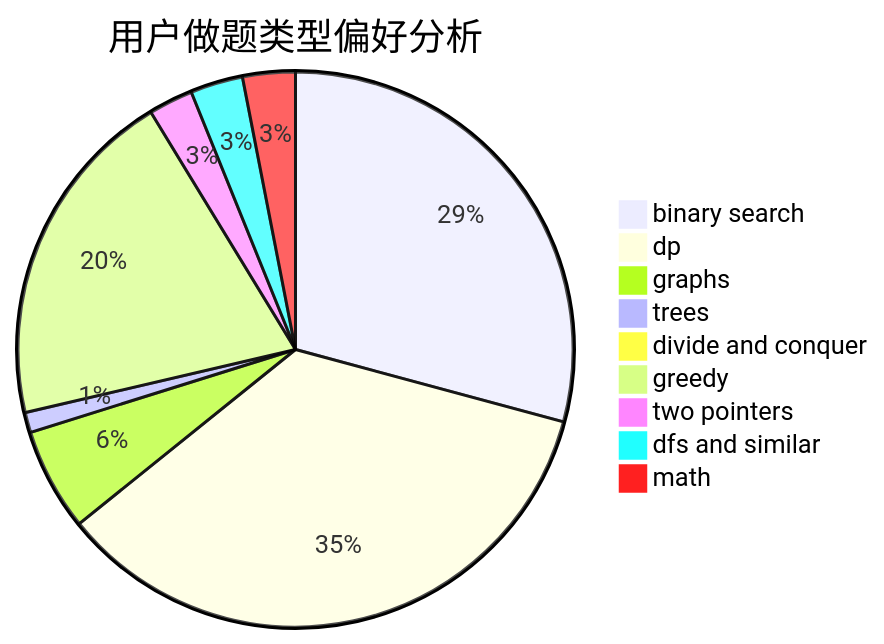
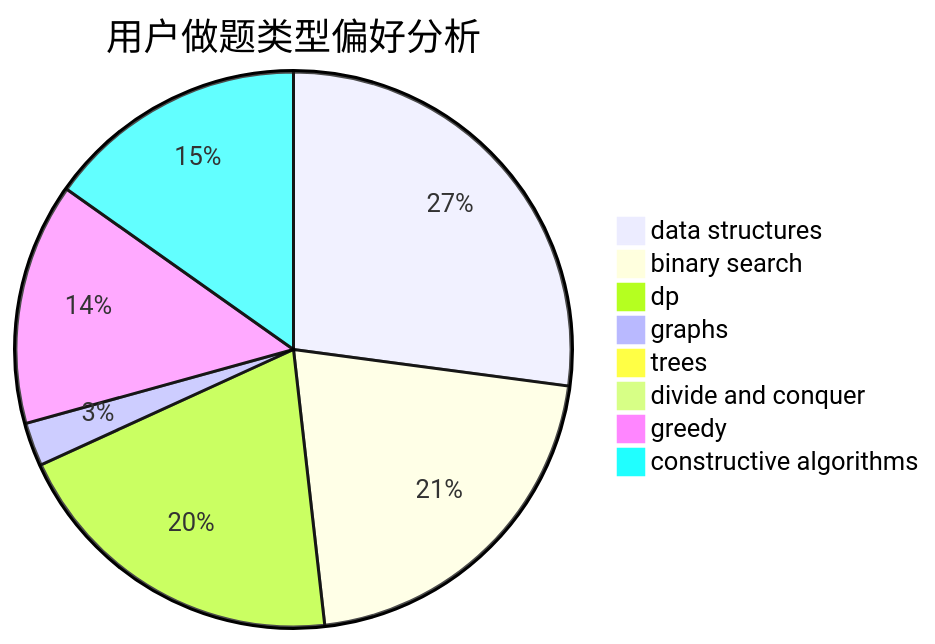
The second of 3 diagrams in docs/user/u163.md (sherpahu/cfrs.github.io), drawn with Mermaid before and after one commit. The commit also changed other lines of this file and 2775 other files, not shown here.

````diff
--- a/docs/user/u163.md
+++ b/docs/user/u163.md
@@ -23,12 +23,11 @@
 ```mermaid
 pie title 用户做题类型偏好分析
-    "binary search" :  372
-    "dp" :  446
-    "graphs" :  76
-    "trees" :  15
-    "divide and conquer" :  8
-    "greedy" :  254
-    "two pointers" :  33
-    "dfs and similar" :  39
-    "math" :  39
+    "data structures" :  460
+    "binary search" :  358
+    "dp" :  339
+    "graphs" :  43
+    "trees" :  4
+    "divide and conquer" :  0
+    "greedy" :  239
+    "constructive algorithms" :  258
 ```
````
